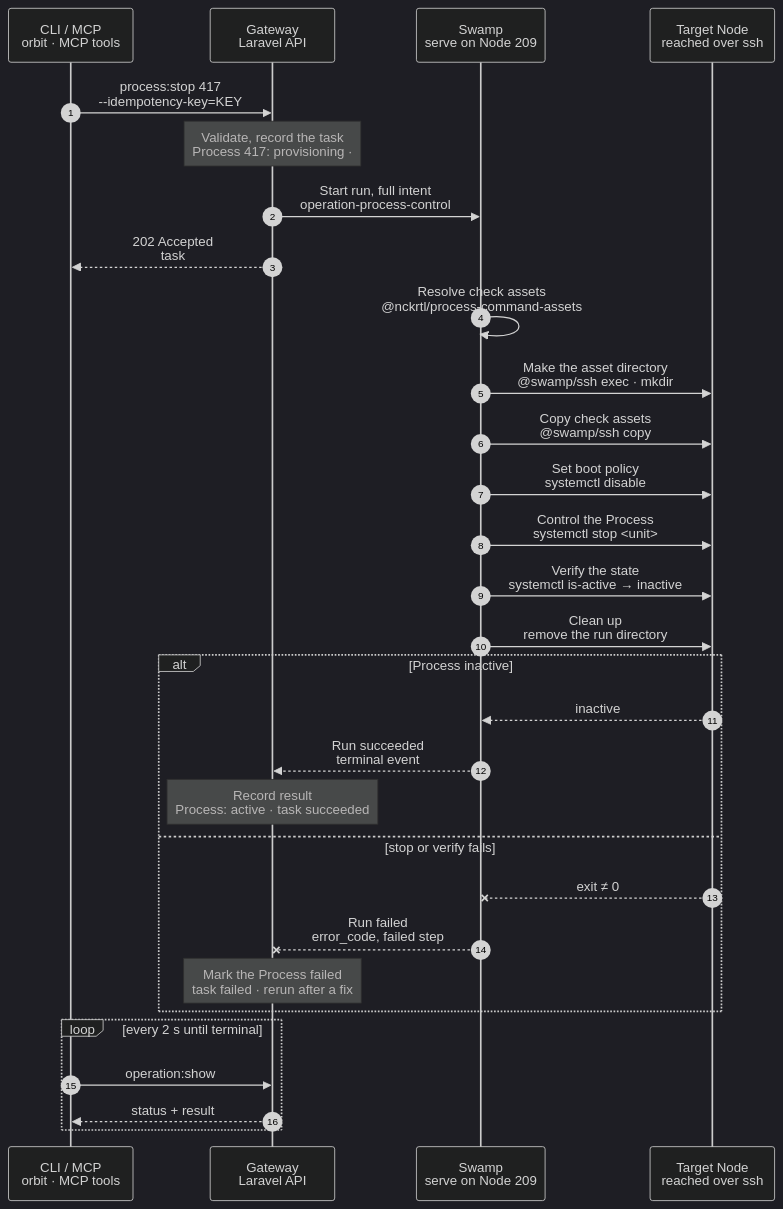
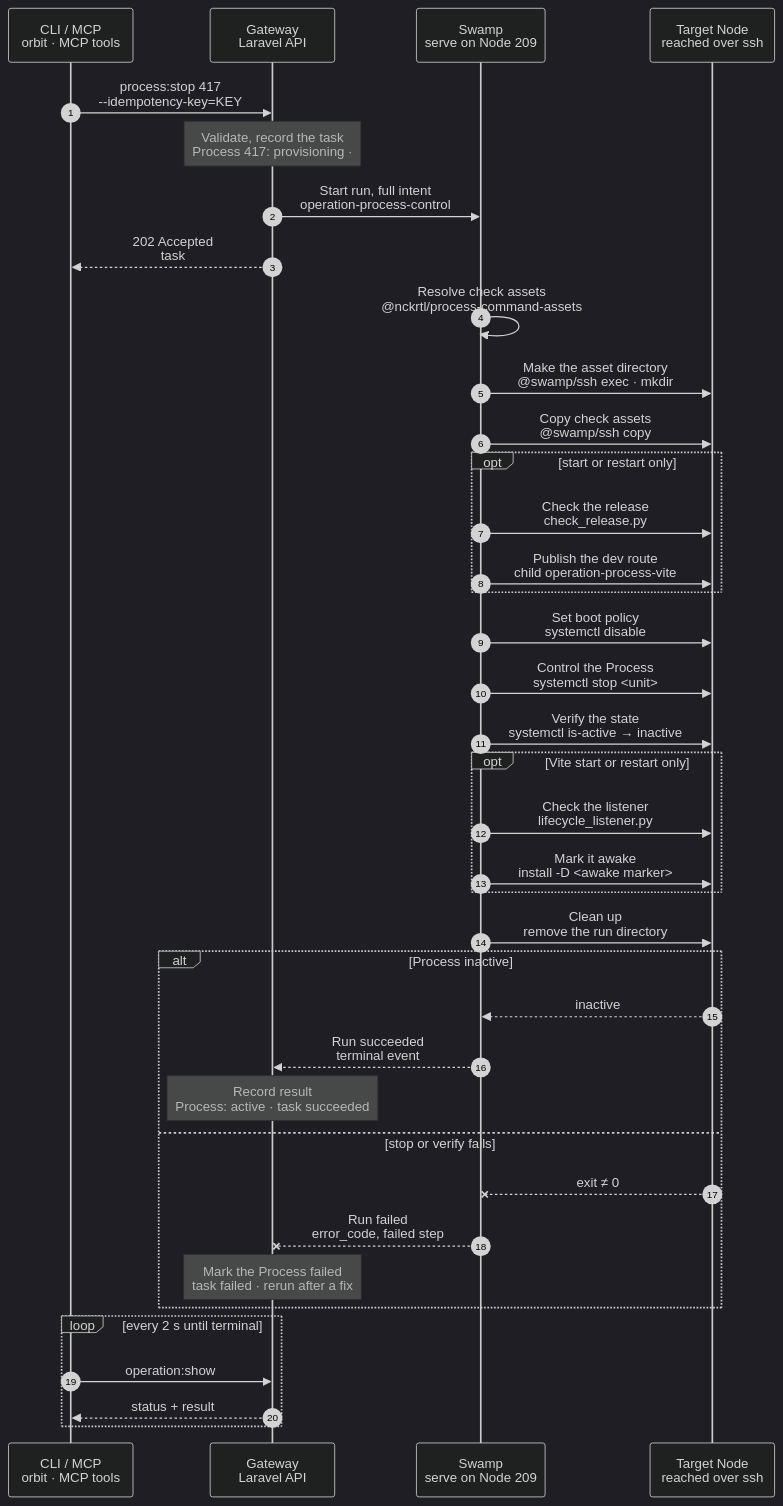
The diagram in docs/flows/process.stop.mmd (hardimpactdev/orbit), drawn with Mermaid (dark theme) before and after one commit. The commit also changed 42 other files, not shown here.

First line of the commit message:
feat(processes): start, stop and restart in one 209 control workflow; charts drive step names

```diff
--- a/docs/flows/process.stop.mmd
+++ b/docs/flows/process.stop.mmd
@@ -1,106 +1,122 @@
 sequenceDiagram
   %% Target design: ADR 0244 task, DECISIONS 4 + R1-R4 (process.stop shape: 209, @swamp/ssh, full intent as inputs).
   %% status: draft
   %% command: process:stop
   autonumber
   %% lane CLI icon=terminal pill=caller tone=gray
   %% lane GW icon=gateway pill=intent tone=blue
   %% lane SW icon=workflow pill=executes tone=green
   %% lane N icon=server pill=target tone=amber
   participant CLI as CLI / MCP<br/>orbit · MCP tools
   participant GW as Gateway<br/>Laravel API
   participant SW as Swamp<br/>serve on Node 209
   participant N as Target Node<br/>reached over ssh
   CLI->>GW: process:stop 417<br/>--idempotency-key=KEY
   %%> Command:
   %%> - `orbit process:stop 417`
   %%> - syntax: `process:stop <process> [--idempotency-key=KEY] [--json]`
   %%> Input:
   %%> - the numeric Process ID from `process:list`
   %%> Who can call it:
   %%> - the `orbit` CLI and the MCP tool send the same request
   Note over GW: Validate, record the task<br/>Process 417: provisioning · #5130
   %%> Requirements:
   %%> - your Node has an access grant to the Node that runs Process 417
   %%> - Process 417 exists and is not being removed
   %%> Result:
   %%> - task #5130 recorded with the full intent: unit or container name, runtime, on-demand flag, Vite plan
   %%> - Process 417 marked provisioning; its desired state does not change yet
   %%> - nothing has happened on the Node yet
   GW->>SW: Start run, full intent<br/>operation-process-control
   %%> What it does:
   %%> - starts one Swamp run on serve (Node 209); every step runs there
   %%> Inputs:
   %%> - `kind`: process.stop
   %%> - the Process unit or container name, runtime and on-demand flag
   %%> - the Node's address and SSH host keys; the SSH identity comes from the `swamp` role
   GW-->>CLI: 202 Accepted<br/>task #5130
   %%> What you get:
   %%> - the task number, at once
   %%> Next:
   %%> - the CLI follows the task with `operation:show`
   SW->>SW: Resolve check assets<br/>@nckrtl/process-command-assets
   %%> What it does:
   %%> - validates the intent and finds the shipped Process scripts on Node 209
   %%> Why:
   %%> - the scripts check ownership: they act only on the unit or container marked with Process 417
   SW->>N: Make the asset directory<br/>@swamp/ssh exec · mkdir
   %%> What it does:
   %%> - makes a private directory for this run on the Node, under `/tmp`
   SW->>N: Copy check assets<br/>@swamp/ssh copy
   %%> What it does:
   %%> - copies the shipped scripts into that directory
   %%> How:
   %%> - Swamp reaches the Node over SSH from 209 with the official `@swamp/ssh` behavior, the `swamp` role SSH identity and the Node's pinned host keys
+  opt start or restart only
+    SW->>N: Check the release<br/>check_release.py
+    %%> Skipped for stop:
+    %%> - the shared workflow checks a production release only before a start or restart
+    SW->>N: Publish the dev route<br/>child operation-process-vite
+    %%> Skipped for stop:
+    %%> - stop needs no Vite traffic preparation
+  end
   SW->>N: Set boot policy<br/>systemctl disable
   %%> What it does:
   %%> - disables the systemd unit, so it does not start at boot
   %%> Skipped:
   %%> - for Docker, which keeps its own restart policy
   SW->>N: Control the Process<br/>systemctl stop <unit>
   %%> What it does:
   %%> - one `stop` of the exact unit, or `docker container stop` for Docker
   %%> Requirements:
   %%> - the unit or container belongs to Process 417; a foreign one is refused (`process.name_collision`)
   SW->>N: Verify the state<br/>systemctl is-active → inactive
   %%> What it does:
   %%> - checks once that the Process is stopped
   %%> Result:
   %%> - this step's output is the projected result: `ready` and the observed state
+  opt Vite start or restart only
+    SW->>N: Check the listener<br/>lifecycle_listener.py
+    %%> Skipped for stop:
+    %%> - a stopped Process has no listener to check
+    SW->>N: Mark it awake<br/>install -D <awake marker>
+    %%> Skipped for stop:
+    %%> - only `process:start` marks the Instance awake
+  end
   SW->>N: Clean up<br/>remove the run directory
   %%> What it does:
   %%> - removes the run directory after a successful run
   %%> On failure:
   %%> - the directory stays, so a resumed run can reuse the scripts
   alt Process inactive
     N-->>SW: inactive
     %%> Returns:
     %%> - the Process is inactive
     SW-->>GW: Run succeeded<br/>terminal event
     %%> How the Gateway learns it:
     %%> - its shared run reader sees the terminal event and reads the result step once; Swamp never calls the Gateway
     Note over GW: Record result<br/>Process: active · task succeeded
     %%> Result:
     %%> - Process 417 desired state becomes stopped; its status becomes active
     %%> - task #5130 succeeds with the observed state
   else stop or verify fails
     N--xSW: exit ≠ 0
     %%> When:
     %%> - SSH fails, the unit is missing or foreign, or the state does not match
     SW--xGW: Run failed<br/>error_code, failed step
     %%> The Gateway reads:
     %%> - which step failed and its error code
     Note over GW: Mark the Process failed<br/>task failed · rerun after a fix
     %%> Result:
     %%> - Process 417 is marked failed with the error code; its desired state does not change
     %%> - task #5130 fails
     %%> - there is no rollback; run the same command again after fixing the cause
   end
   loop every 2 s until terminal
     CLI->>GW: operation:show #5130
     %%> What it does:
     %%> - asks for the task status every 2 seconds until it has ended
     GW-->>CLI: status + result
     %%> Returns:
     %%> - the current status, and the result once the task has ended
   end
```
